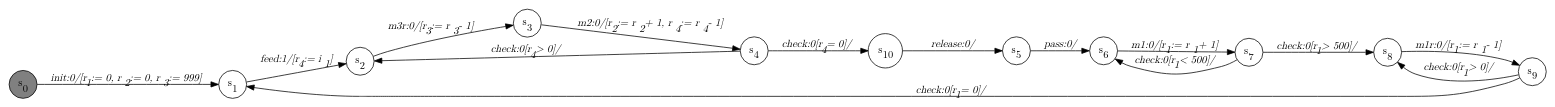
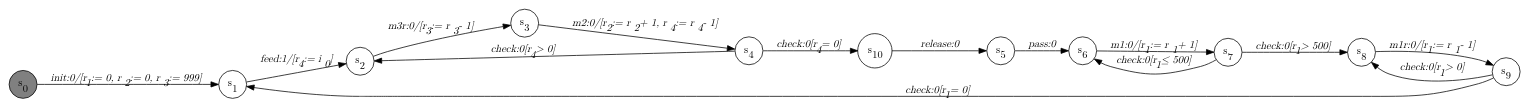
One commit to jmafoster1/efsm-sal changed the diagram in motor-controller/XXXMotorControlImproved.dot. Above: the diagram before and after it, drawn with Graphviz. The commit also changed 6 other files, not shown here.

```diff
--- a/motor-controller/XXXMotorControlImproved.dot
+++ b/motor-controller/XXXMotorControlImproved.dot
@@ -1,32 +1,32 @@
 digraph XXXMotorControlImproved{
     graph [rankdir="LR", fontname="Latin Modern Math"];
     node [color="black", fillcolor="white", shape="circle", style="filled", fontname="Latin Modern Math"];
     edge [fontname="Latin Modern Math"];
 
     s0[fillcolor="gray", label=<s<sub>0</sub>>];
     s1[label=<s<sub>1</sub>>];
     s2[label=<s<sub>2</sub>>];
     s3[label=<s<sub>3</sub>>];
     s4[label=<s<sub>4</sub>>];
     s5[label=<s<sub>5</sub>>];
     s6[label=<s<sub>6</sub>>];
     s7[label=<s<sub>7</sub>>];
     s8[label=<s<sub>8</sub>>];
     s9[label=<s<sub>9</sub>>];
     s10[label=<s<sub>10</sub>>];
 
     s0->s1[label=<<i>init:0/&#91;r<sub>1</sub> := 0, r<sub>2</sub> := 0, r<sub>3</sub> := 999&#93;</i>>];
-    s1->s2[label=<<i>feed:1/&#91;r<sub>4</sub> := i<sub>1</sub>&#93;</i>>];
+    s1->s2[label=<<i>feed:1/&#91;r<sub>4</sub> := i<sub>0</sub>&#93;</i>>];
     s2->s3[label=<<i>m3r:0/&#91;r<sub>3</sub> := r<sub>3</sub> - 1&#93;</i>>];
     s3->s4[label=<<i>m2:0/&#91;r<sub>2</sub> := r<sub>2</sub> + 1, r<sub>4</sub> := r<sub>4</sub> - 1&#93;</i>>];
-    s4->s2[label=<<i>check:0&#91;r<sub>4</sub> &gt; 0&#93;/</i>>];
-    s4->s10[label=<<i>check:0&#91;r<sub>4</sub> = 0&#93;/</i>>];
-    s10->s5[label=<<i>release:0/</i>>];
-    s5->s6[label=<<i>pass:0/</i>>];
+    s4->s2[label=<<i>check:0&#91;r<sub>4</sub> &gt; 0&#93;</i>>];
+    s4->s10[label=<<i>check:0&#91;r<sub>4</sub> = 0&#93;</i>>];
+    s10->s5[label=<<i>release:0</i>>];
+    s5->s6[label=<<i>pass:0</i>>];
     s6->s7[label=<<i>m1:0/&#91;r<sub>1</sub> := r<sub>1</sub> + 1&#93;</i>>];
-    s7->s6[label=<<i>check:0&#91;r<sub>1</sub> &lt; 500&#93;/</i>>];
-    s7->s8[label=<<i>check:0&#91;r<sub>1</sub> &gt; 500&#93;/</i>>];
+    s7->s6[label=<<i>check:0&#91;r<sub>1</sub> &le; 500&#93;</i>>];
+    s7->s8[label=<<i>check:0&#91;r<sub>1</sub> &gt; 500&#93;</i>>];
     s8->s9[label=<<i>m1r:0/&#91;r<sub>1</sub> := r<sub>1</sub> - 1&#93;</i>>];
-    s9->s8[label=<<i>check:0&#91;r<sub>1</sub> &gt; 0&#93;/</i>>];
-    s9->s1[label=<<i>check:0&#91;r<sub>1</sub> = 0&#93;/</i>>];
+    s9->s8[label=<<i>check:0&#91;r<sub>1</sub> &gt; 0&#93;</i>>];
+    s9->s1[label=<<i>check:0&#91;r<sub>1</sub> = 0&#93;</i>>];
 }
```
